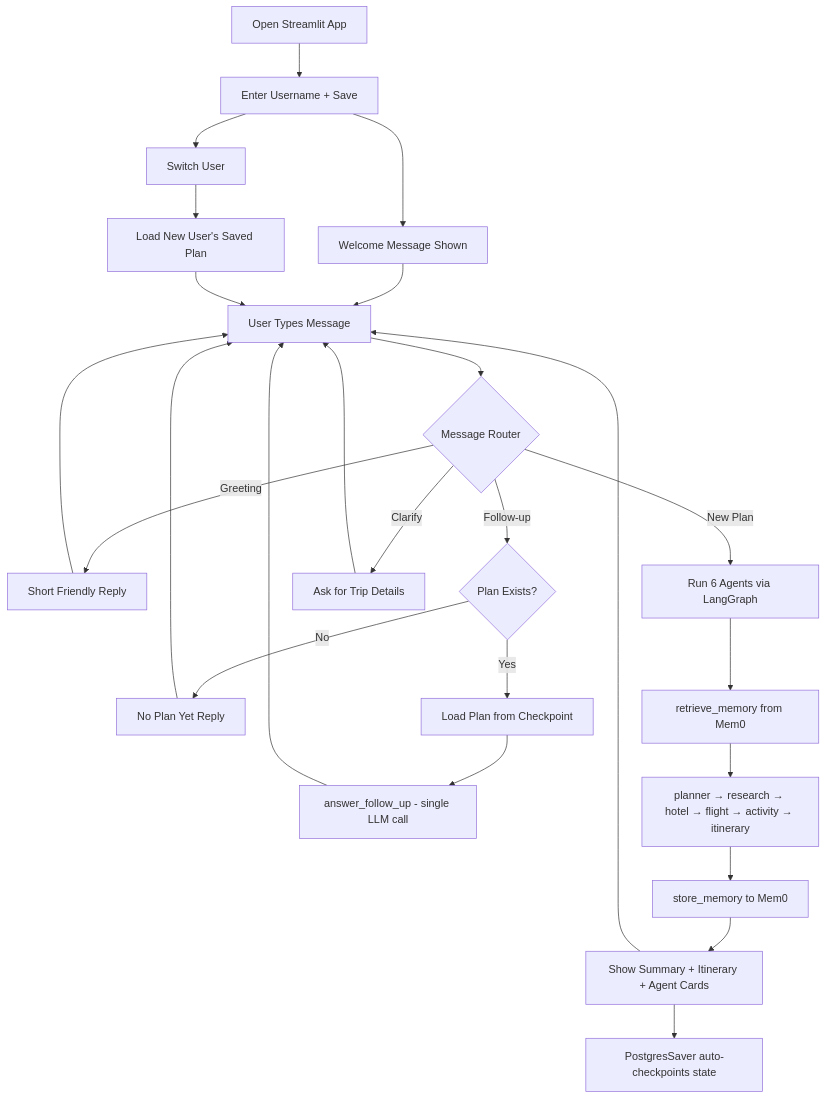
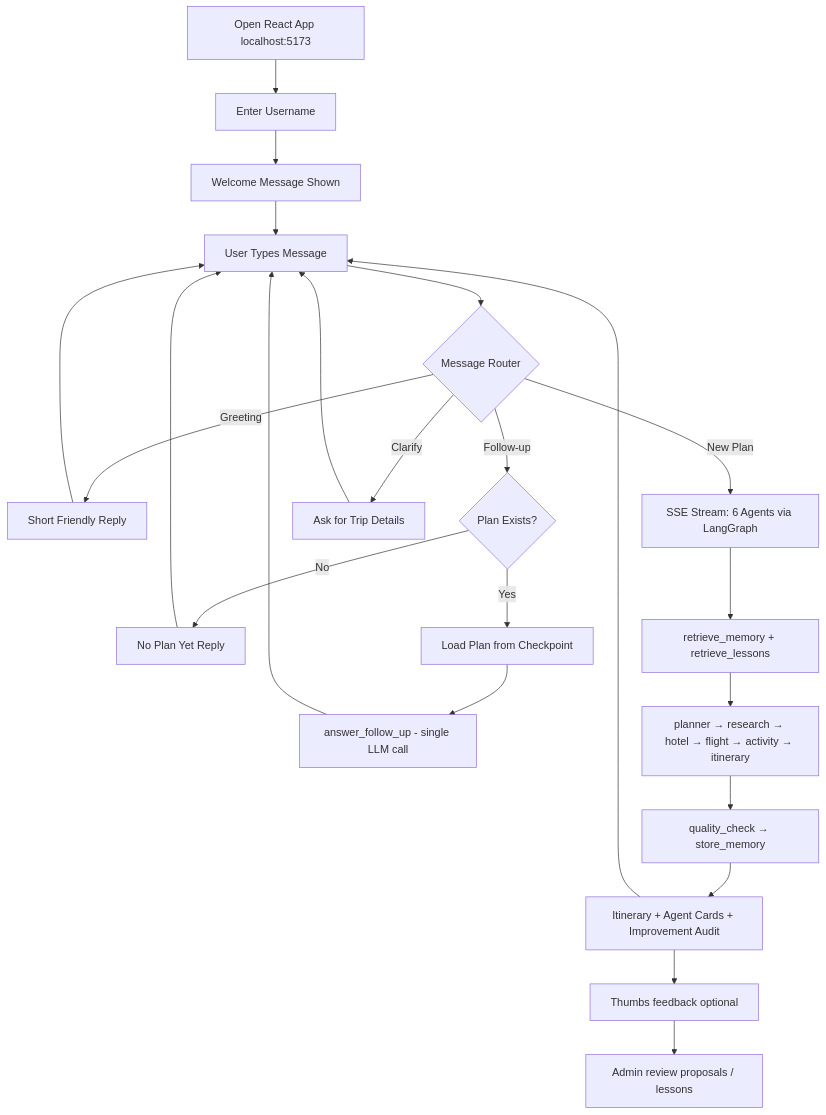
One commit to maniranjan2023/Northline changed the second of 8 diagrams in README.md. Above: the diagram before and after it, drawn with Mermaid. The commit also changed other lines of this file and 333 other files, not shown here.

````diff
--- a/README.md
+++ b/README.md
@@ -236,32 +321,29 @@
 ```mermaid
 flowchart TD
-    A[Open Streamlit App] --> B[Enter Username + Save]
+    A[Open React App localhost:5173] --> B[Enter Username]
     B --> C[Welcome Message Shown]
     C --> D[User Types Message]
     D --> E{Message Router}
 
     E -->|Greeting| F[Short Friendly Reply]
     E -->|Follow-up| G{Plan Exists?}
-    E -->|New Plan| H[Run 6 Agents via LangGraph]
+    E -->|New Plan| H[SSE Stream: 6 Agents via LangGraph]
     E -->|Clarify| I[Ask for Trip Details]
 
     G -->|No| J[No Plan Yet Reply]
     G -->|Yes| K[Load Plan from Checkpoint]
     K --> L[answer_follow_up - single LLM call]
 
-    H --> M[retrieve_memory from Mem0]
+    H --> M[retrieve_memory + retrieve_lessons]
     M --> N[planner → research → hotel → flight → activity → itinerary]
-    N --> O[store_memory to Mem0]
-    O --> P[Show Summary + Itinerary + Agent Cards]
-    P --> Q[PostgresSaver auto-checkpoints state]
-
-    B --> R[Switch User]
-    R --> S[Load New User's Saved Plan]
-    S --> D
+    N --> O[quality_check → store_memory]
+    O --> P[Itinerary + Agent Cards + Improvement Audit]
+    P --> Q[Thumbs feedback optional]
+    Q --> R[Admin review proposals / lessons]
 
     F --> D
     J --> D
     L --> D
     I --> D
     P --> D
 ```
````
